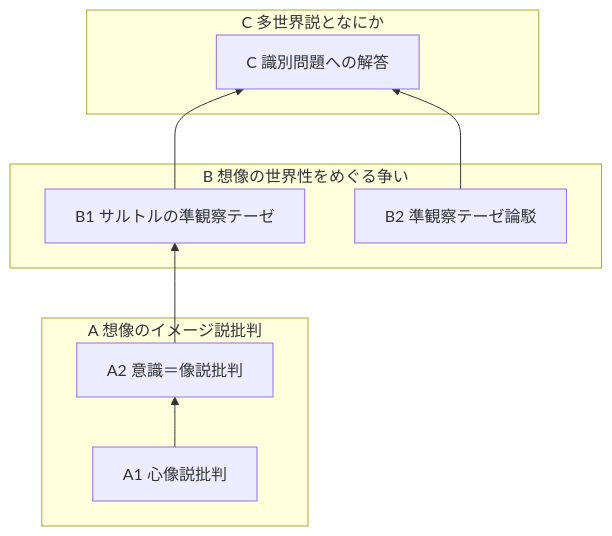
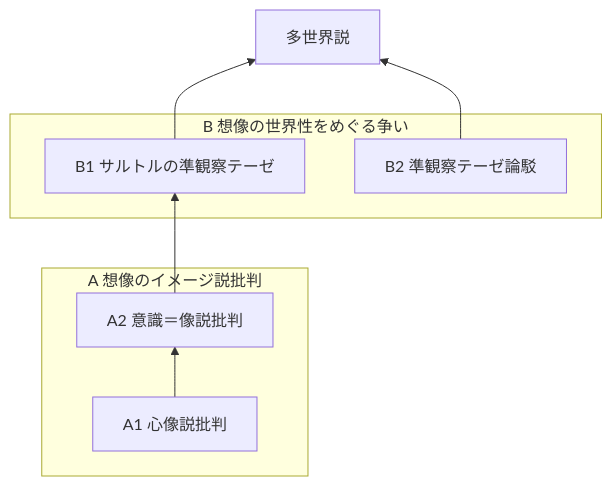
Before and after one commit to kyonenya/slidev-playground: the first of 3 diagrams in slides.md, drawn with Mermaid. The commit also changed other lines of this file, not shown here.

Commit message:
chore: mermaidを縦長にして溢れさせる

````diff
--- a/slides.md
+++ b/slides.md
@@ -43,18 +43,15 @@
 ```mermaid
 flowchart BT
     A1 --> A2
     A2 --> B1
     B1 --> C
-    B2 --> C
+    B2 --> C[多世界説]
 subgraph A 想像のイメージ説批判
     A1[A1 心像説批判]
     A2[A2 意識＝像説批判]
 end
 subgraph B 想像の世界性をめぐる争い
     B1[B1 サルトルの準観察テーゼ]
     B2[B2 準観察テーゼ論駁]
 end
-subgraph C 多世界説となにか  
-    C[C 識別問題への解答]
-end
 ```
````
